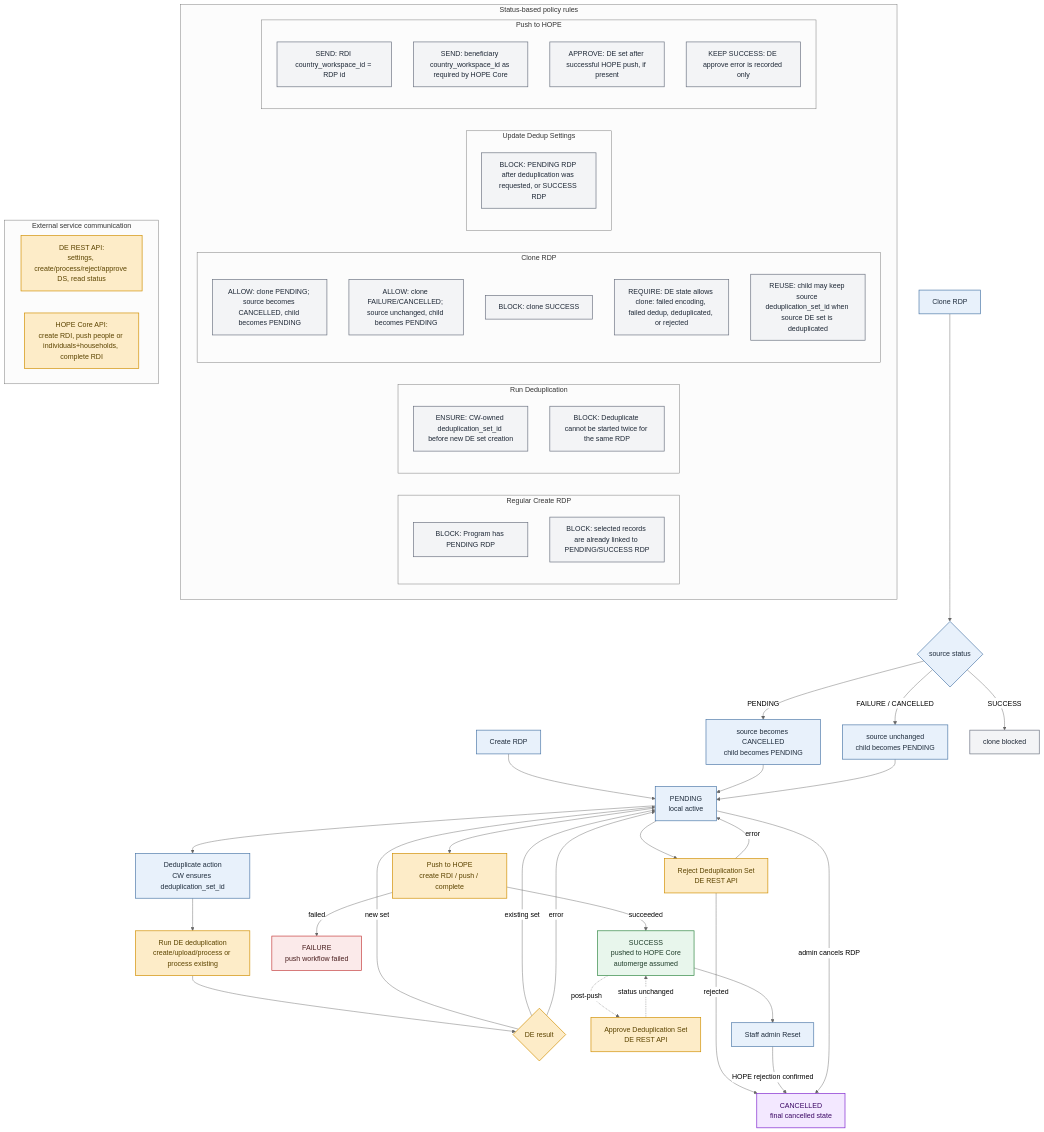
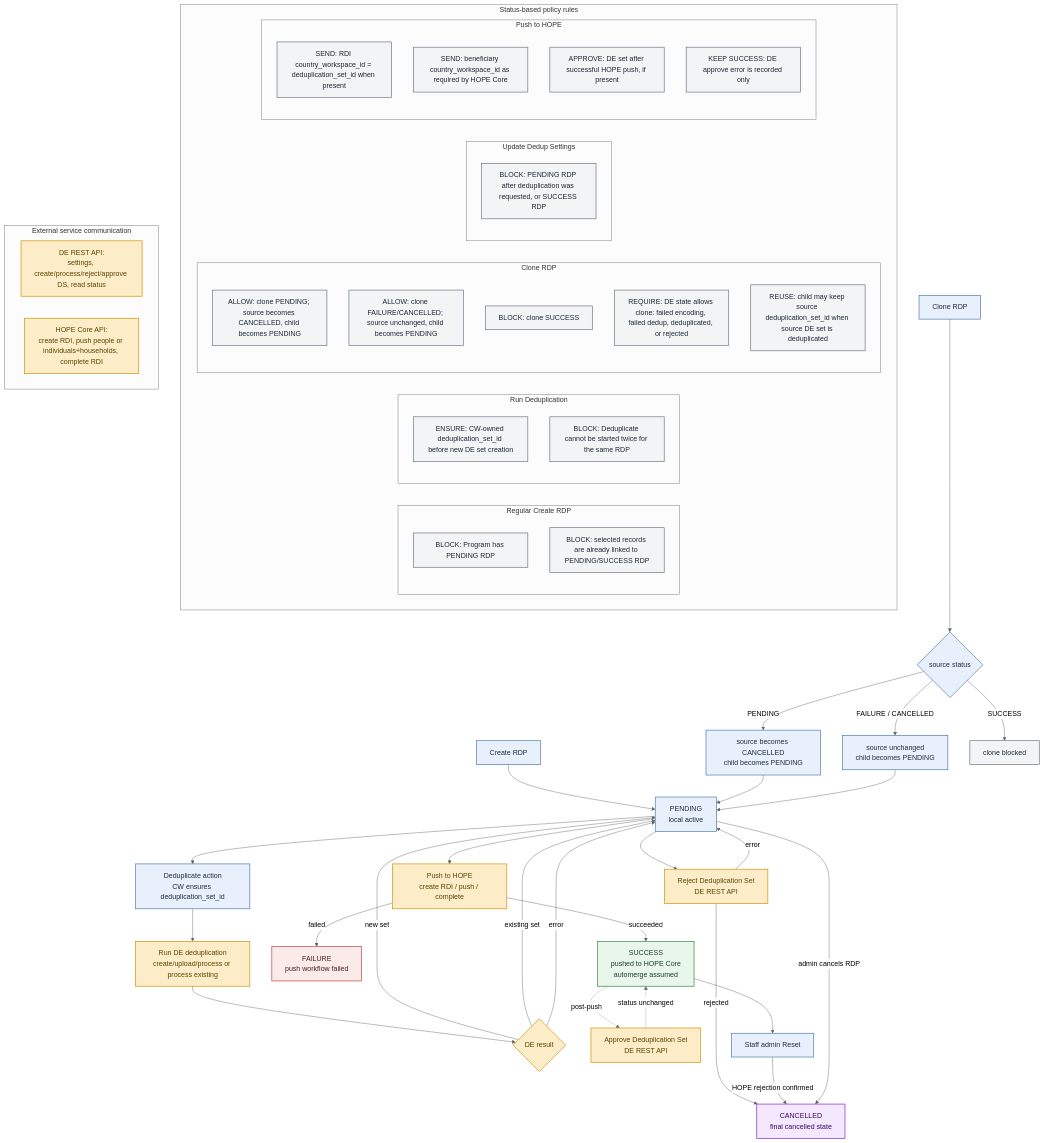
One commit to unicef/hope-country-workspace changed the second of 2 diagrams in docs/src/flows/rdp_lifecycle.md. Above: the diagram before and after it, drawn with Mermaid (neutral theme). The commit also changed other lines of this file and 7 other files, not shown here.

Commit message:
Use deduplication_set_id for RDI country_workspace_id; biometric push checks

```diff
--- a/docs/src/flows/rdp_lifecycle.md
+++ b/docs/src/flows/rdp_lifecycle.md
@@ -107,7 +107,7 @@
         end
 
         subgraph PUSH_RULES["Push to HOPE"]
-            L["SEND: RDI country_workspace_id = RDP id"]
+            L["SEND: RDI country_workspace_id = deduplication_set_id when present"]
             M["SEND: beneficiary country_workspace_id as required by HOPE Core"]
             N["APPROVE: DE set after successful HOPE push, if present"]
             O["KEEP SUCCESS: DE approve error is recorded only"]
```
